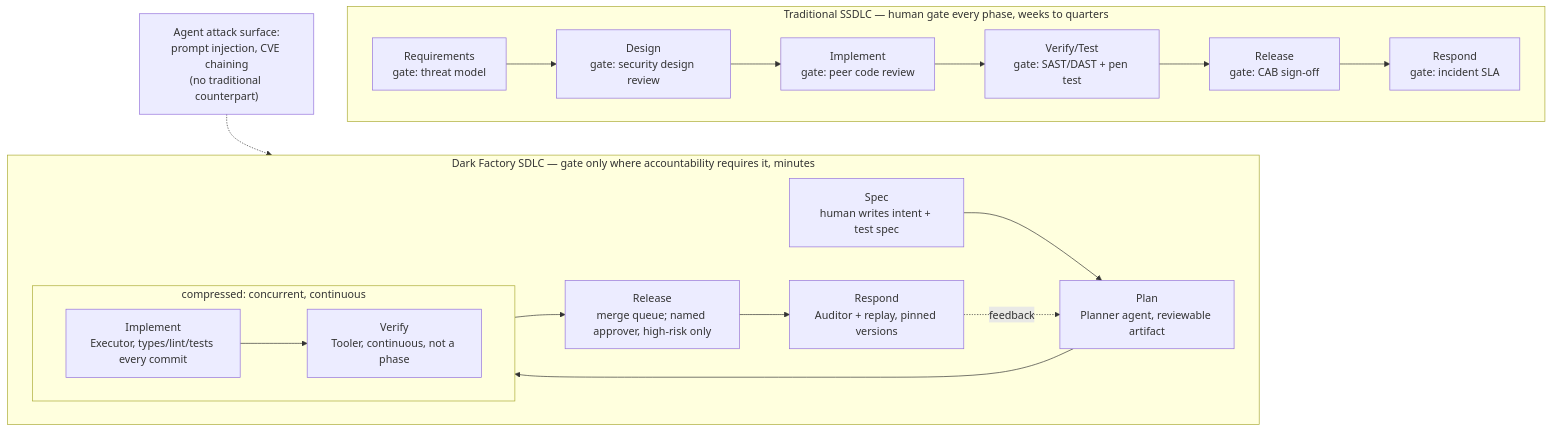
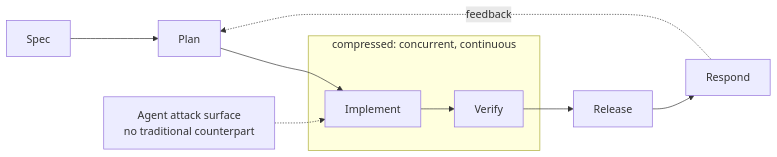
One commit to jh125486/presentations changed the second of 8 diagrams in UNT/dark_factory.md. Above: the diagram before and after it, drawn with Mermaid. The commit also changed other lines of this file, not shown here.

First line of the commit message:
make dark factory deck conform to pdf2qti's slide schema

````diff
--- a/UNT/dark_factory.md
+++ b/UNT/dark_factory.md
@@ -52,25 +77,11 @@
 ```mermaid
-flowchart TB
-  subgraph TRAD["Traditional SSDLC — human gate every phase, weeks to quarters"]
-    direction LR
-    T1["Requirements<br/>gate: threat model"] --> T2["Design<br/>gate: security design review"] --> T3["Implement<br/>gate: peer code review"] --> T4["Verify/Test<br/>gate: SAST/DAST + pen test"] --> T5["Release<br/>gate: CAB sign-off"] --> T6["Respond<br/>gate: incident SLA"]
+flowchart LR
+  D1["Spec"] --> D2["Plan"]
+  D2 --> D3
+  subgraph COMPRESSED["compressed: concurrent, continuous"]
+    D3["Implement"] --> D4["Verify"]
   end
-  subgraph DARK["Dark Factory SDLC — gate only where accountability requires it, minutes"]
-    direction LR
-    D1["Spec<br/>human writes intent + test spec"] --> D2["Plan<br/>Planner agent, reviewable artifact"]
-    D2 --> D3
-    subgraph COMPRESSED["compressed: concurrent, continuous"]
-      direction LR
-      D3["Implement<br/>Executor, types/lint/tests every commit"] --> D4["Verify<br/>Tooler, continuous, not a phase"]
-    end
-    D4 --> D5["Release<br/>merge queue; named approver, high-risk only"] --> D6["Respond<br/>Auditor + replay, pinned versions"]
-    D6 -.->|feedback| D2
-  end
-  T1 ~~~ D1
-  T2 ~~~ D2
-  T3 ~~~ D3
-  T4 ~~~ D4
-  T5 ~~~ D5
-  T6 ~~~ D6
-  ATTACK["Agent attack surface:<br/>prompt injection, CVE chaining<br/>(no traditional counterpart)"] -.-> D3
+  D4 --> D5["Release"] --> D6["Respond"]
+  D6 -.->|feedback| D2
+  ATTACK["Agent attack surface<br/>no traditional counterpart"] -.-> D3
 ```
````
